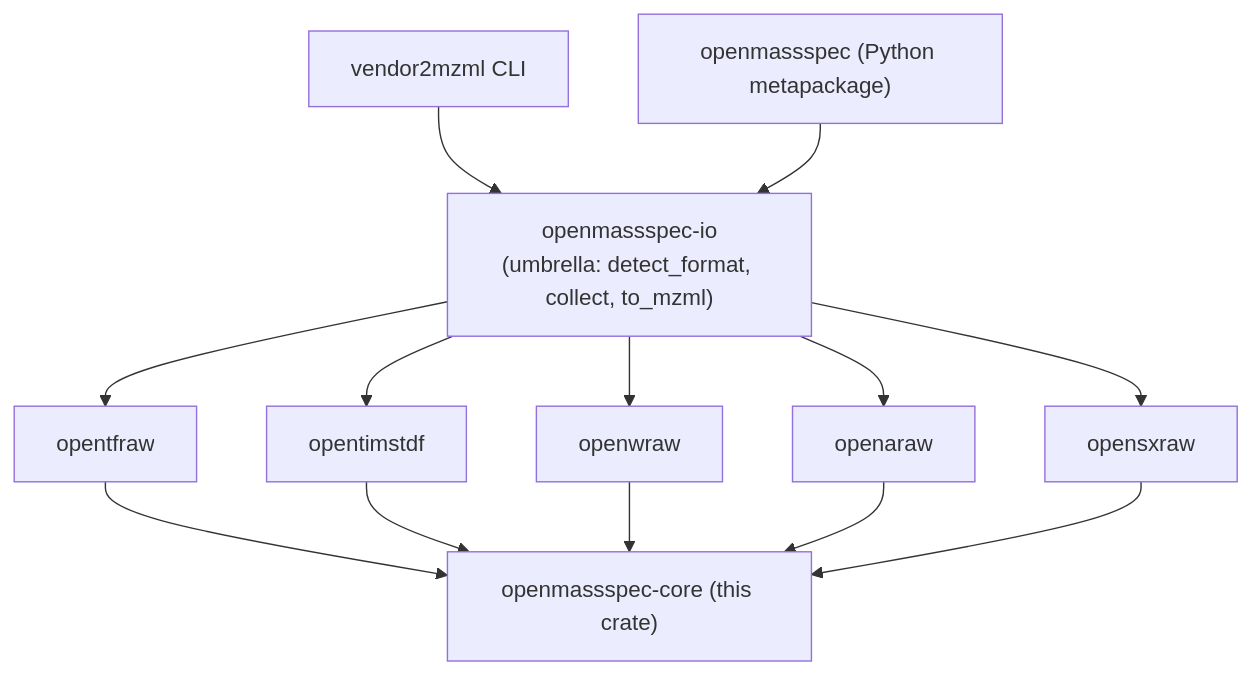
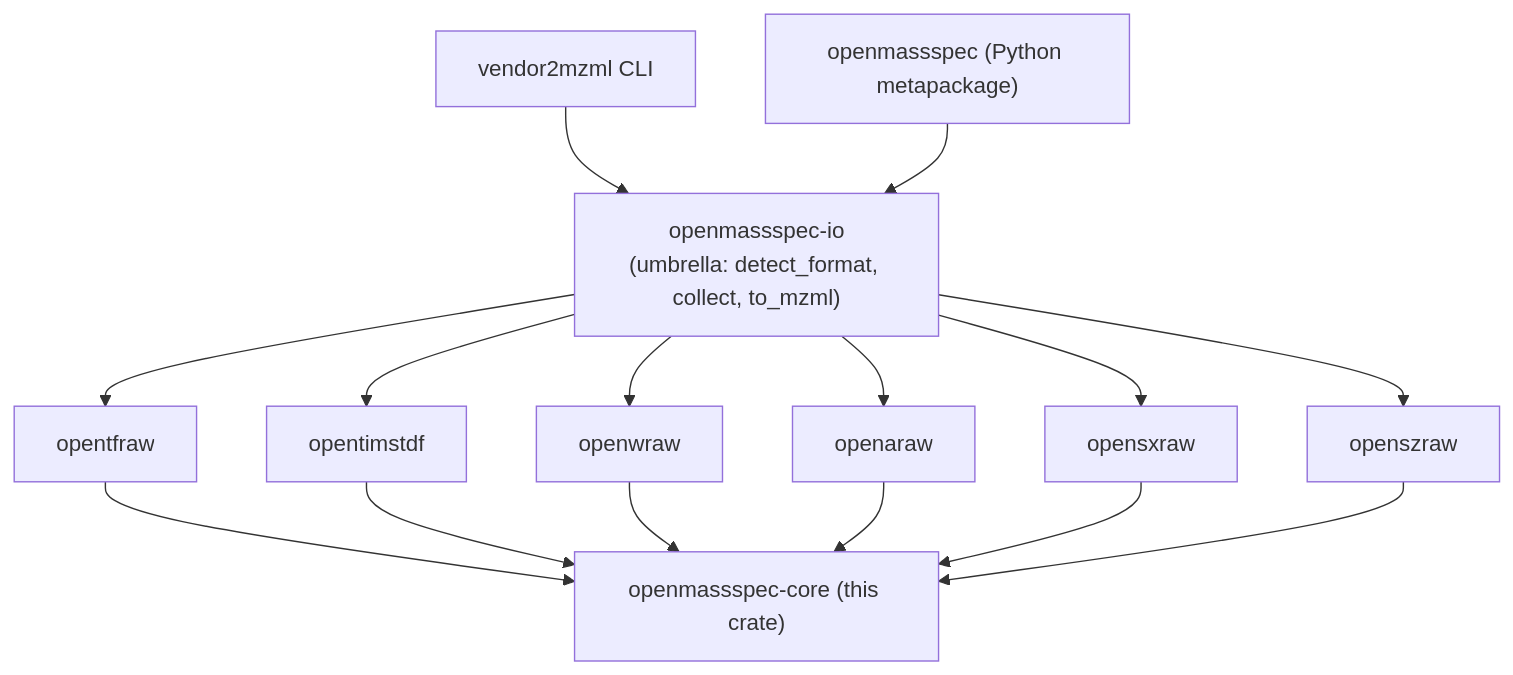
Before and after one commit to Sigilweaver/OpenProteo: the diagram in docs/docs/core.md, drawn with Mermaid. The commit also changed other lines of this file and 24 other files, not shown here.

````diff
--- a/docs/docs/core.md
+++ b/docs/docs/core.md
@@ -133,20 +133,22 @@
 ```mermaid
 graph TD
     core["openmassspec-core (this crate)"]
 
     tfraw[opentfraw] --> core
     tdf[opentimstdf] --> core
     wraw[openwraw] --> core
     araw[openaraw] --> core
     sxraw[opensxraw] --> core
+    szraw[openszraw] --> core
 
     io["openmassspec-io<br/>(umbrella: detect_format, collect, to_mzml)"]
     io --> tfraw
     io --> tdf
     io --> wraw
     io --> araw
     io --> sxraw
+    io --> szraw
 
     cli[vendor2mzml CLI] --> io
     py["openmassspec (Python metapackage)"] --> io
 ```
````
